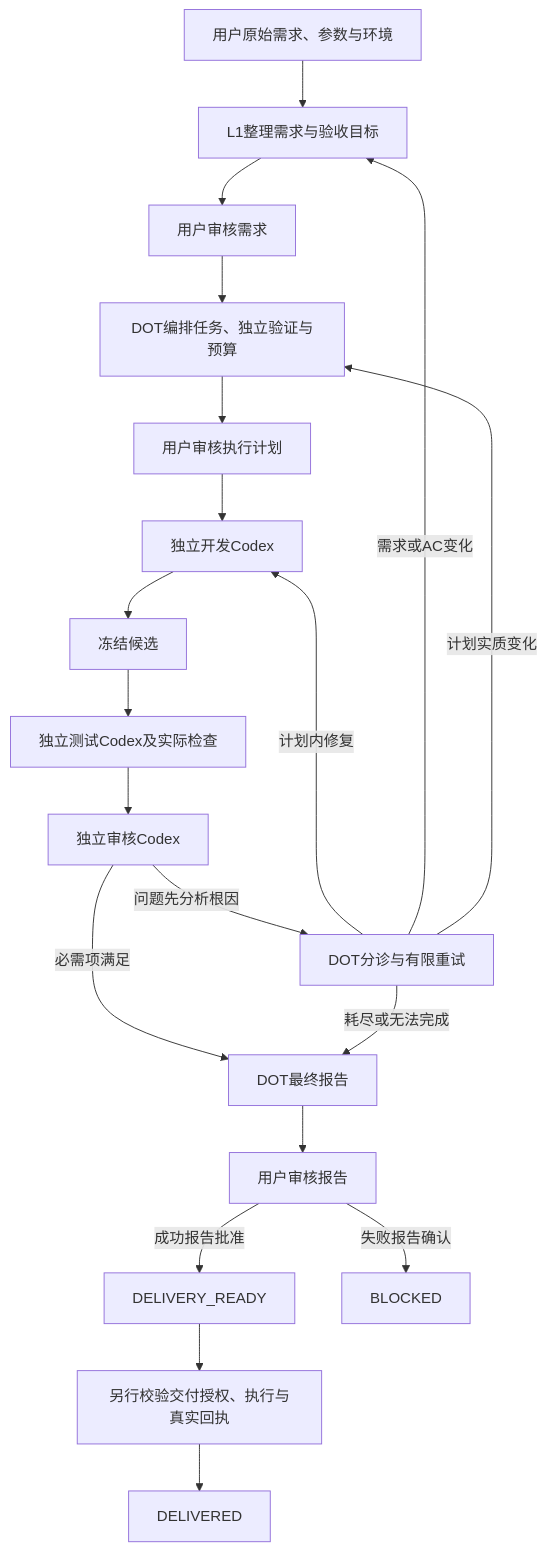
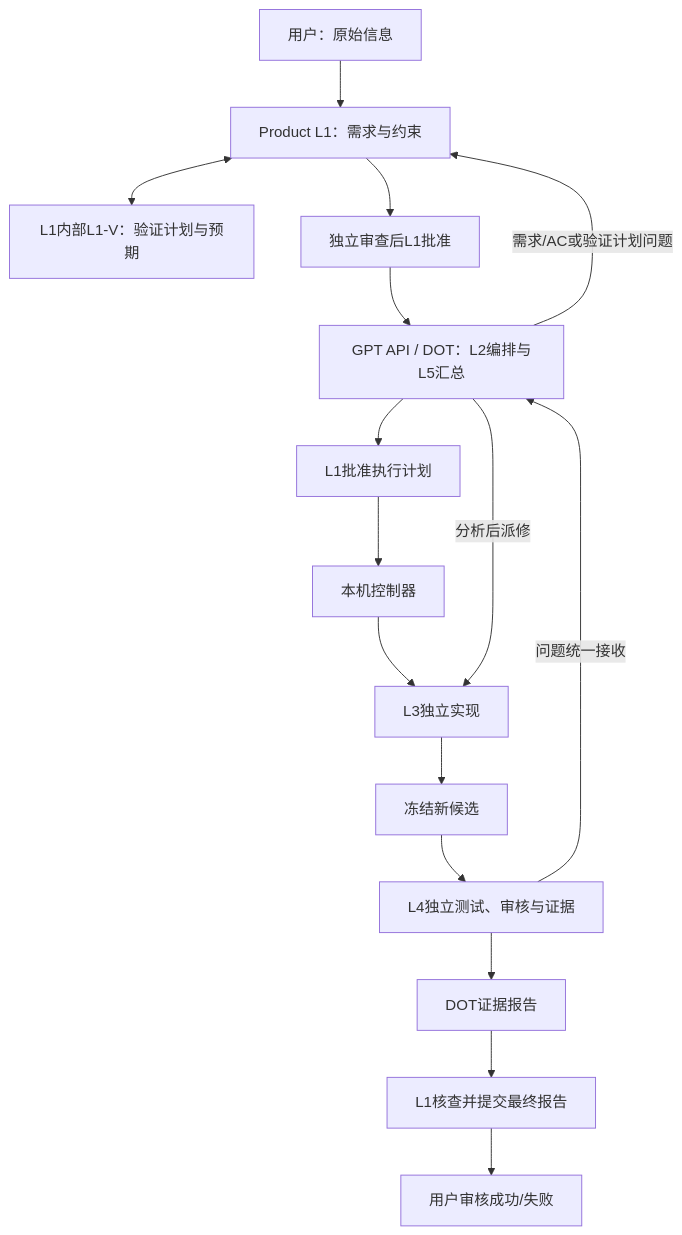
Before and after one commit to Merrychen-CMY/AI-Programming-Workflow: the diagram in docs/architecture.md, drawn with Mermaid. The commit also changed other lines of this file and 89 other files, not shown here.

Commit message:
feat: delegate baseline approval to L1 and add GPT DOT bridge

````diff
--- a/docs/architecture.md
+++ b/docs/architecture.md
@@ -3,22 +3,18 @@
 ```mermaid
 flowchart TD
- U[用户原始需求、参数与环境] --> L1[L1整理需求与验收目标]
- L1 --> R[用户审核需求]
- R --> P[DOT编排任务、独立验证与预算]
- P --> A[用户审核执行计划]
- A --> DEV[独立开发Codex]
- DEV --> C[冻结候选]
- C --> T[独立测试Codex及实际检查]
- T --> V[独立审核Codex]
- V -->|问题先分析根因| DOT[DOT分诊与有限重试]
- DOT -->|计划内修复| DEV
- DOT -->|需求或AC变化| L1
- DOT -->|计划实质变化| P
- V -->|必需项满足| F[DOT最终报告]
- DOT -->|耗尽或无法完成| F
- F --> UFR[用户审核报告]
- UFR -->|成功报告批准| READY[DELIVERY_READY]
- UFR -->|失败报告确认| B[BLOCKED]
- READY --> E[另行校验交付授权、执行与真实回执]
- E --> D[DELIVERED]
+ U[用户：原始信息] --> L1[Product L1：需求与约束]
+ L1 <--> V[L1内部L1-V：验证计划与预期]
+ L1 --> A[独立审查后L1批准]
+ A --> D[GPT API / DOT：L2编排与L5汇总]
+ D --> P[L1批准执行计划]
+ P --> C[本机控制器]
+ C --> L3[L3独立实现]
+ L3 --> K[冻结新候选]
+ K --> L4[L4独立测试、审核与证据]
+ L4 -->|问题统一接收| D
+ D -->|分析后派修| L3
+ D -->|需求/AC或验证计划问题| L1
+ L4 --> R[DOT证据报告]
+ R --> F[L1核查并提交最终报告]
+ F --> H[用户审核成功/失败]
 ```
````
